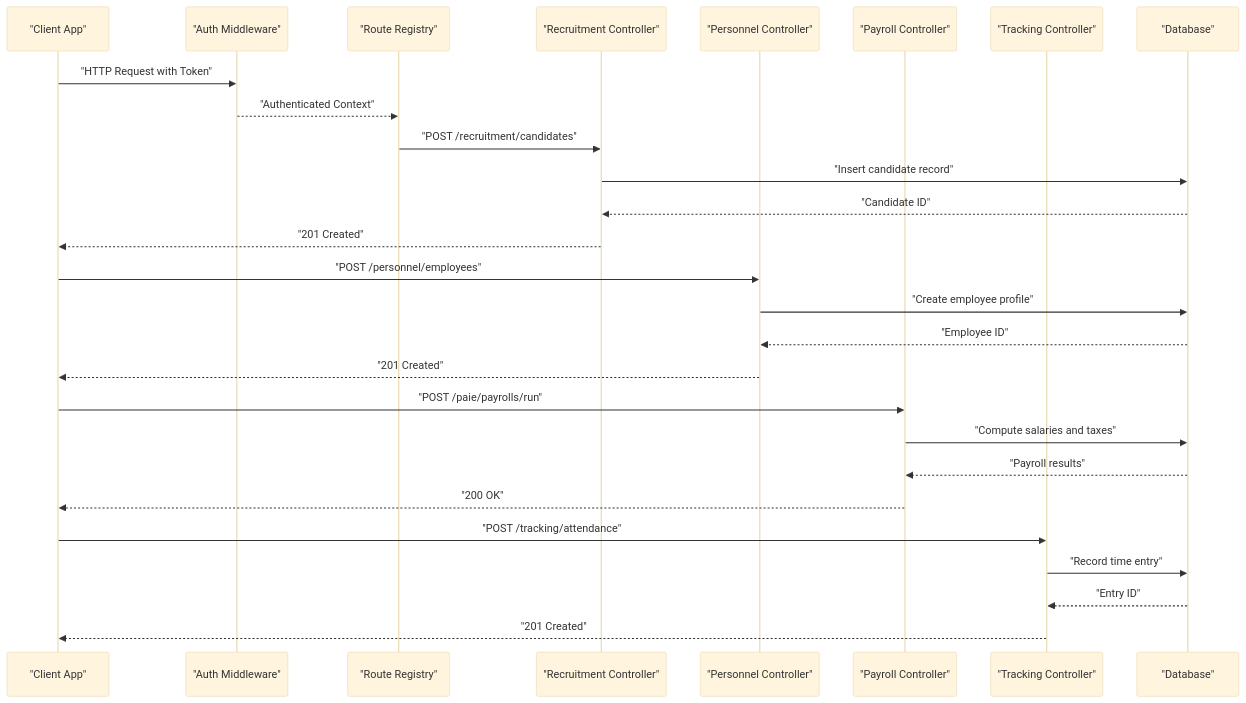
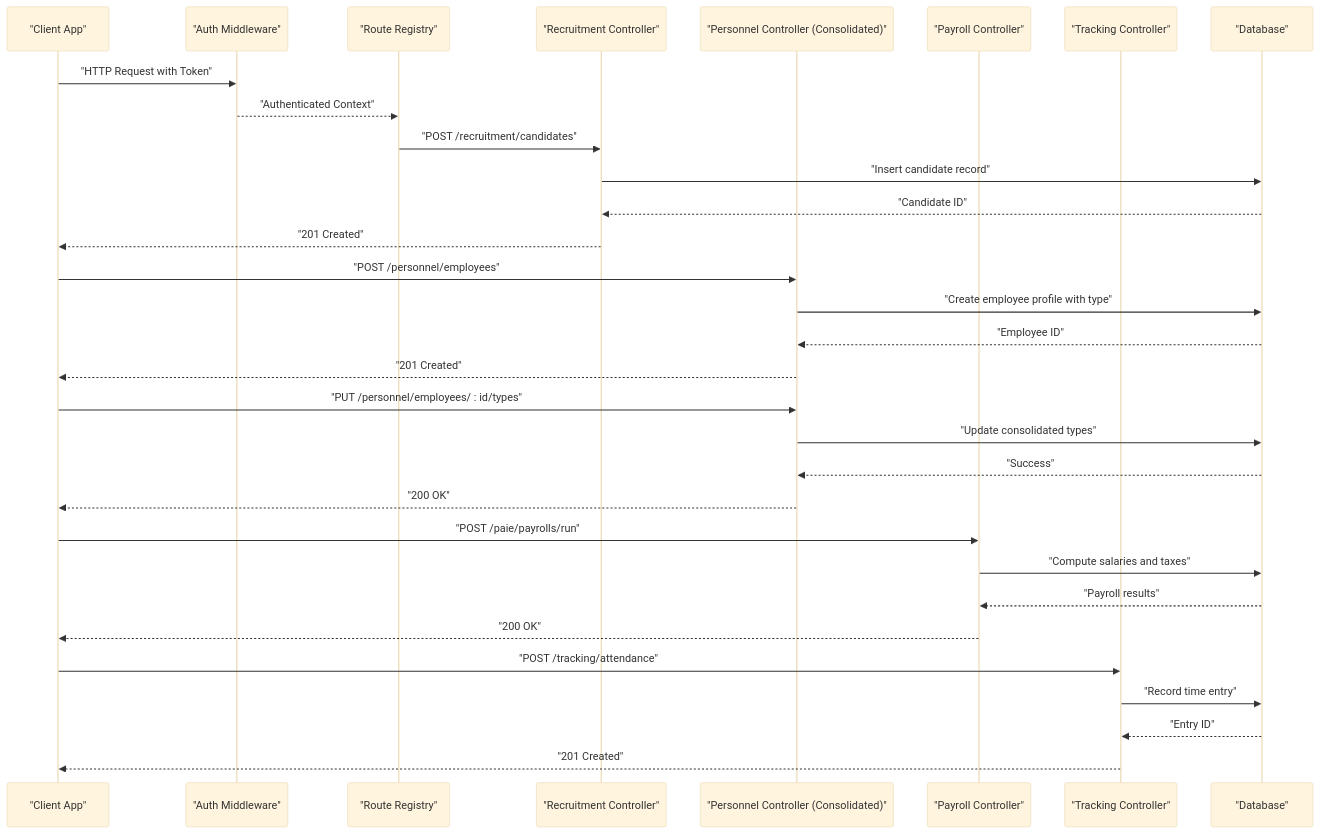
Before and after one commit to franckylab/eLISAschool: the second of 8 diagrams in .qoder/repowiki/en/content/API Reference/Human Resources API/Human Resources API.md, drawn with Mermaid (base theme). The commit also changed other lines of this file and 85 other files, not shown here.

````diff
--- a/.qoder/repowiki/en/content/API Reference/Human Resources API/Human Resources API.md
+++ b/.qoder/repowiki/en/content/API Reference/Human Resources API/Human Resources API.md
@@ -114,29 +125,33 @@
 ```mermaid
 sequenceDiagram
 participant Client as "Client App"
 participant Auth as "Auth Middleware"
 participant Router as "Route Registry"
 participant Recruit as "Recruitment Controller"
-participant Person as "Personnel Controller"
+participant Person as "Personnel Controller (Consolidated)"
 participant Paie as "Payroll Controller"
 participant Track as "Tracking Controller"
 participant DB as "Database"
 Client->>Auth : "HTTP Request with Token"
 Auth-->>Router : "Authenticated Context"
 Router->>Recruit : "POST /recruitment/candidates"
 Recruit->>DB : "Insert candidate record"
 DB-->>Recruit : "Candidate ID"
 Recruit-->>Client : "201 Created"
 Client->>Person : "POST /personnel/employees"
-Person->>DB : "Create employee profile"
+Person->>DB : "Create employee profile with type"
 DB-->>Person : "Employee ID"
 Person-->>Client : "201 Created"
+Client->>Person : "PUT /personnel/employees/ : id/types"
+Person->>DB : "Update consolidated types"
+DB-->>Person : "Success"
+Person-->>Client : "200 OK"
 Client->>Paie : "POST /paie/payrolls/run"
 Paie->>DB : "Compute salaries and taxes"
 DB-->>Paie : "Payroll results"
 Paie-->>Client : "200 OK"
 Client->>Track : "POST /tracking/attendance"
 Track->>DB : "Record time entry"
 DB-->>Track : "Entry ID"
 Track-->>Client : "201 Created"
 ```
````
